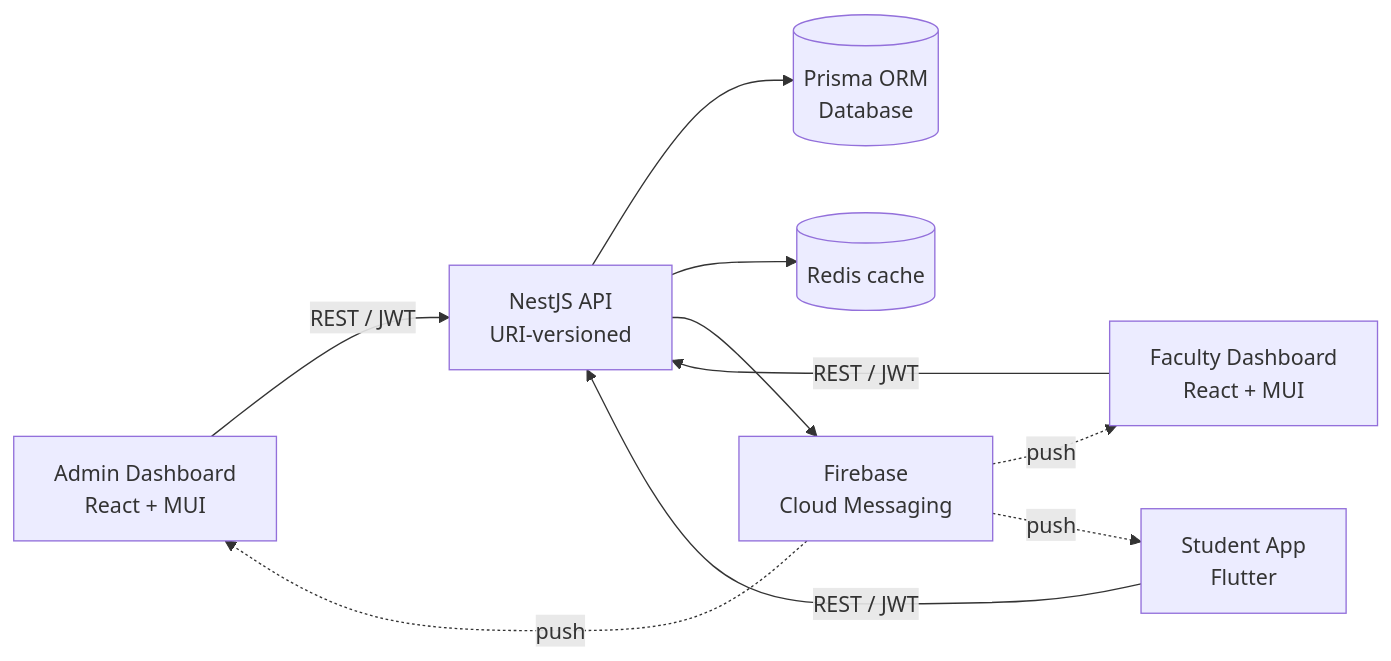
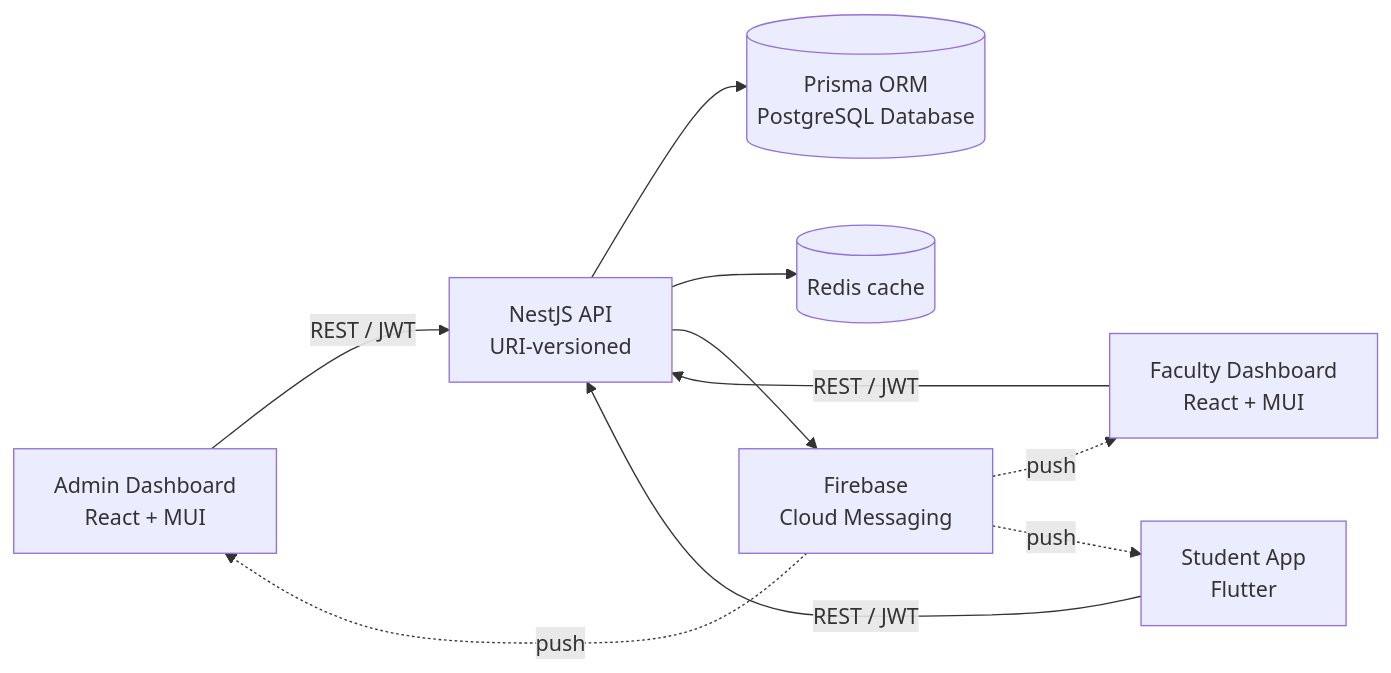
One commit to husam-mumin/university-student-platform changed the first of 3 diagrams in readme.md. Above: the diagram before and after it, drawn with Mermaid. The commit also changed other lines of this file, not shown here.

Commit message:
Update readme.md Add Database that I use

````diff
--- a/readme.md
+++ b/readme.md
@@ -45,12 +45,12 @@
 ```mermaid
 flowchart LR
     A[Admin Dashboard<br/>React + MUI] -->|REST / JWT| API
     FD[Faculty Dashboard<br/>React + MUI] -->|REST / JWT| API
     S[Student App<br/>Flutter] -->|REST / JWT| API
-    API[NestJS API<br/>URI-versioned] --> P[(Prisma ORM<br/>Database)]
+    API[NestJS API<br/>URI-versioned] --> P[(Prisma ORM<br/> PostgreSQL Database)]
     API --> R[(Redis cache)]
     API --> F[Firebase<br/>Cloud Messaging]
     F -.push.-> A
     F -.push.-> FD
     F -.push.-> S
 ```
````
